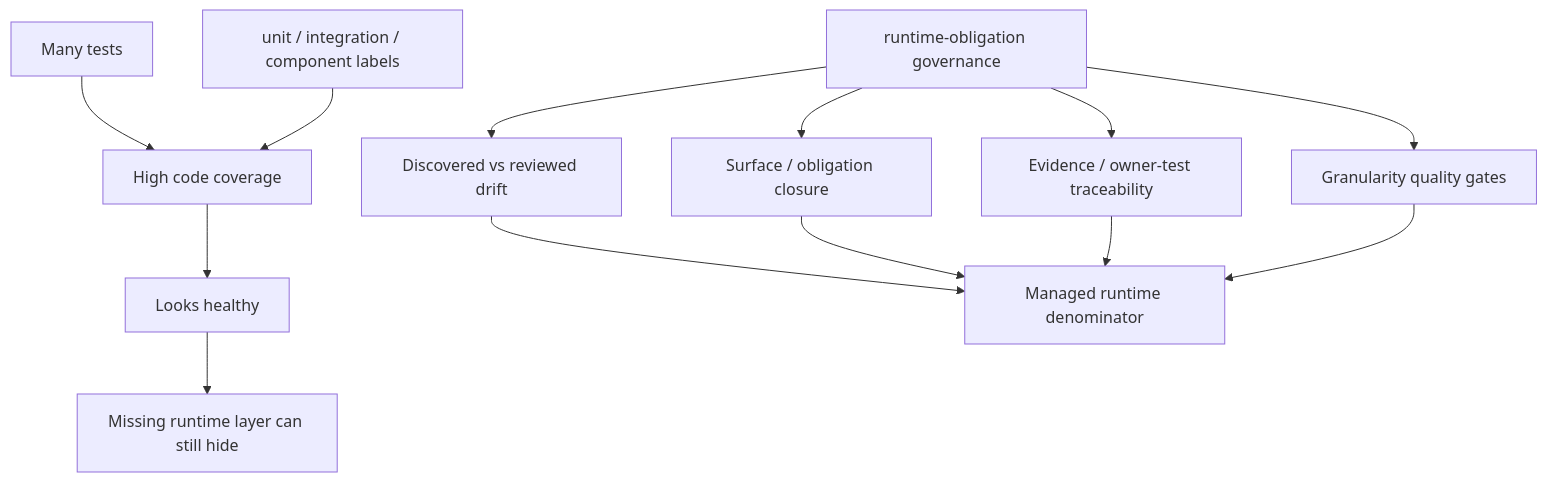
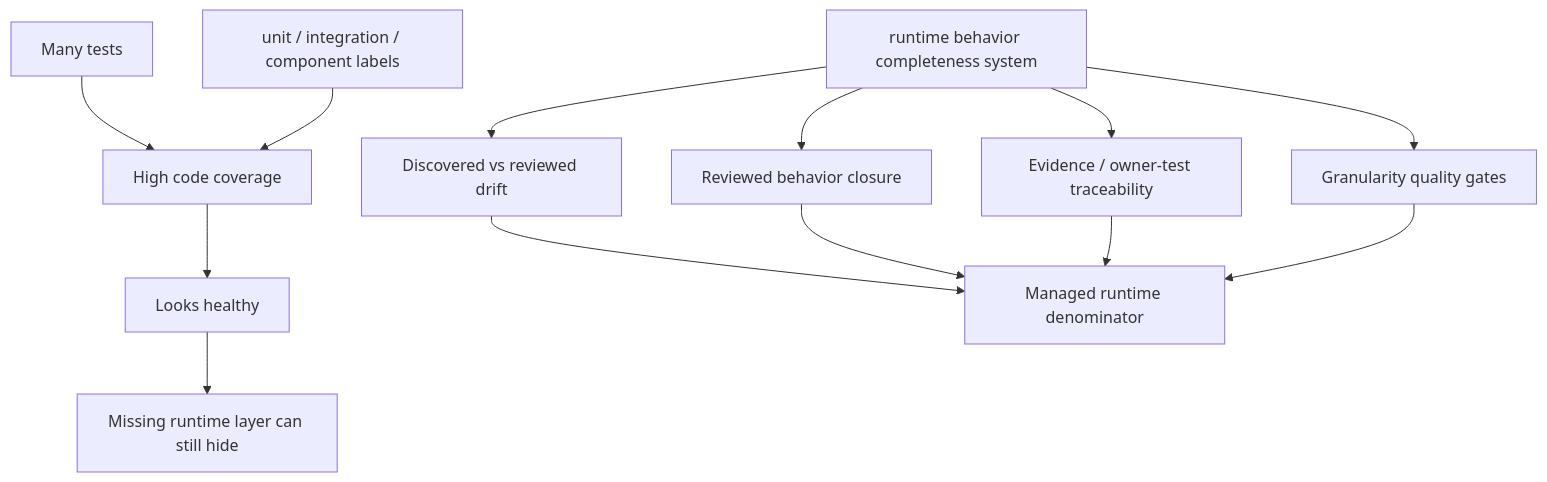
One commit to philo-kim/runtime-obligation-testops changed the second of 4 diagrams in README.md. Above: the diagram before and after it, drawn with Mermaid. The commit also changed other lines of this file and 29 other files, not shown here.

Commit message:
Promote reviewed runtime behaviors as denominator

````diff
--- a/README.md
+++ b/README.md
@@ -114,16 +115,16 @@
 ```mermaid
 flowchart TD
   A[Many tests] --> B[High code coverage]
   C[unit / integration / component labels] --> B
   B --> D[Looks healthy]
   D --> E[Missing runtime layer can still hide]
 
-  F[runtime-obligation governance] --> G[Discovered vs reviewed drift]
-  F --> H[Surface / obligation closure]
+  F[runtime behavior completeness system] --> G[Discovered vs reviewed drift]
+  F --> H[Reviewed behavior closure]
   F --> I[Evidence / owner-test traceability]
   F --> J[Granularity quality gates]
   G --> K[Managed runtime denominator]
   H --> K
   I --> K
   J --> K
 ```
````
